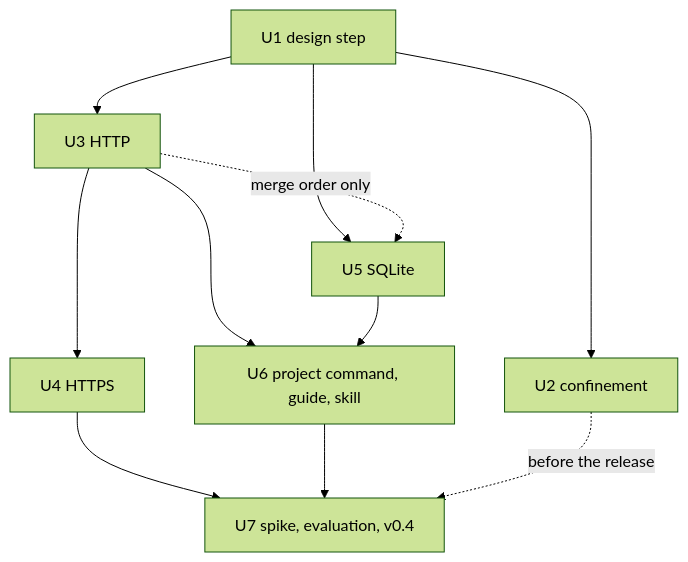
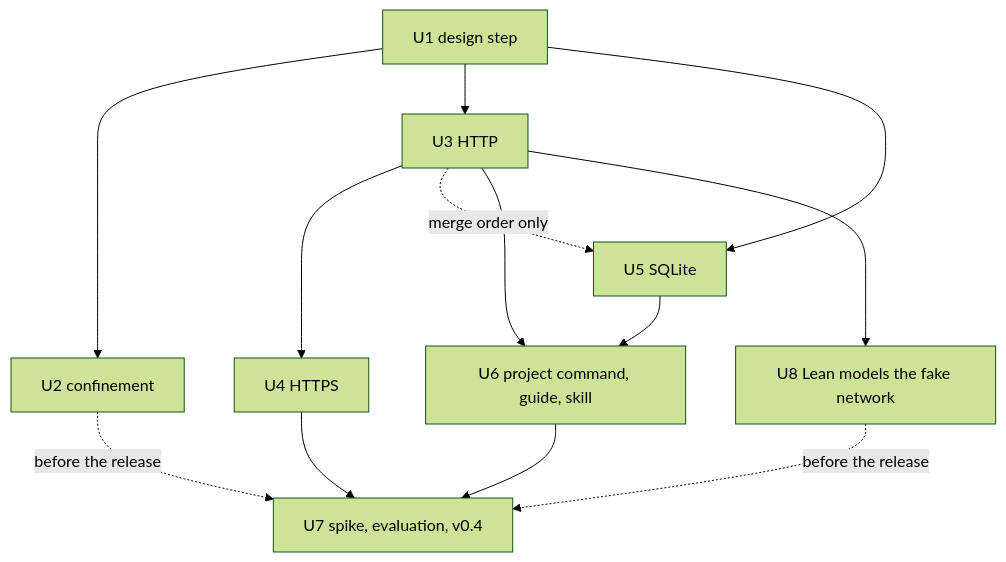
The second of 2 diagrams in docs/plans/2026-11-17-1900-feat-phase7-outside-world-plan.md (robertguss/mo), drawn with Mermaid (forest theme) before and after one commit. The commit also changed other lines of this file and 1 other file, not shown here.

First line of the commit message:
Have Lean model the fake network, as Robert chose

````diff
--- a/docs/plans/2026-11-17-1900-feat-phase7-outside-world-plan.md
+++ b/docs/plans/2026-11-17-1900-feat-phase7-outside-world-plan.md
@@ -250,13 +252,15 @@
 ```mermaid
 flowchart TB
   U1[U1 design step] --> U2[U2 confinement]
   U1 --> U3[U3 HTTP]
   U1 --> U5[U5 SQLite]
   U3 --> U4[U4 HTTPS]
   U3 -.->|merge order only| U5
   U3 --> U6[U6 project command, guide, skill]
   U5 --> U6
+  U3 --> U8[U8 Lean models the fake network]
   U4 --> U7[U7 spike, evaluation, v0.4]
   U6 --> U7
   U2 -.->|before the release| U7
+  U8 -.->|before the release| U7
 ```
````
